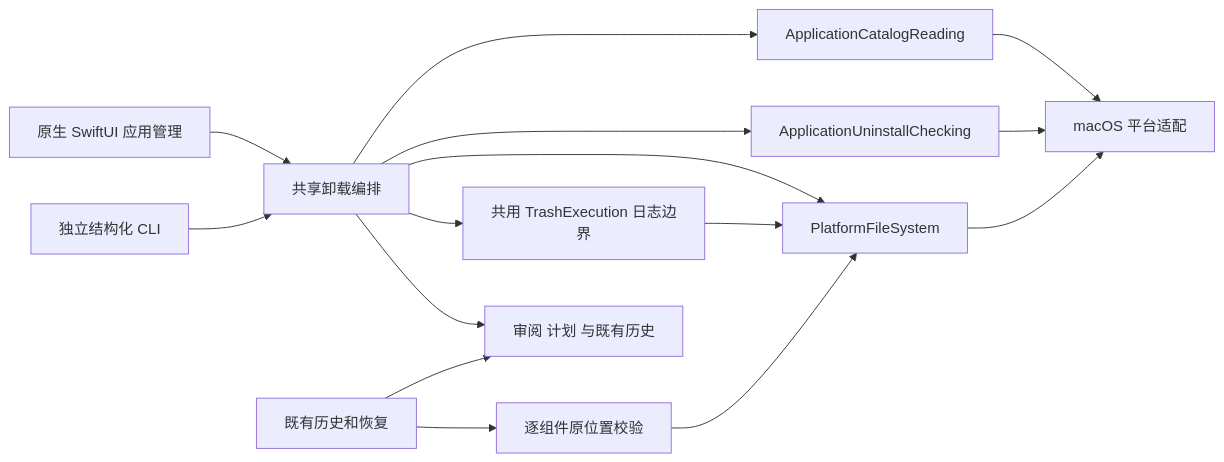
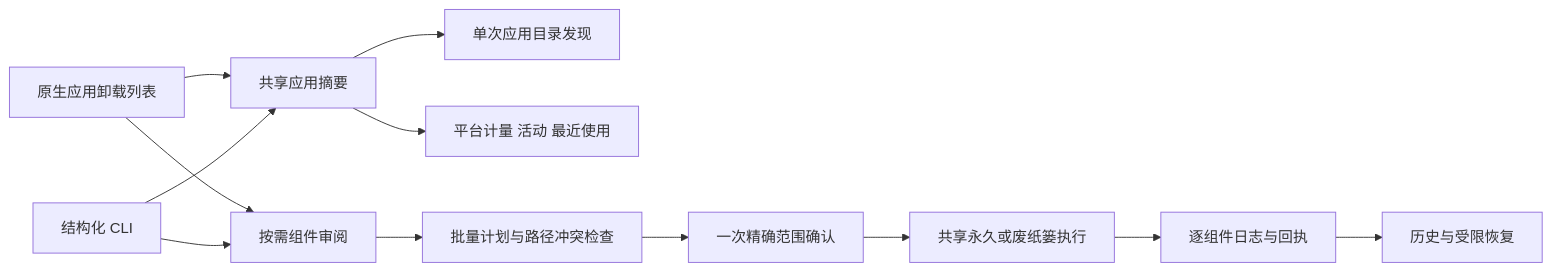
One commit to limecloud/shou changed the first of 3 diagrams in docs/zh-CN/product/application-uninstall.md. Above: the diagram before and after it, drawn with Mermaid. The commit also changed other lines of this file and 117 other files, not shown here.

````diff
--- a/docs/zh-CN/product/application-uninstall.md
+++ b/docs/zh-CN/product/application-uninstall.md
@@ -45,17 +45,14 @@
 ```mermaid
 flowchart LR
-    Desktop[原生 SwiftUI 应用管理] --> Engine[共享卸载编排]
-    CLI[独立结构化 CLI] --> Engine
-    Engine --> Catalog[ApplicationCatalogReading]
-    Engine --> Evidence[ApplicationUninstallChecking]
-    Engine --> FS[PlatformFileSystem]
-    Engine --> Journal[共用 TrashExecution 日志边界]
-    Journal --> FS
-    Catalog --> Native[macOS 平台适配]
-    Evidence --> Native
-    FS --> Native
-    Engine --> Store[审阅 计划 与既有历史]
-    History[既有历史和恢复] --> Store
-    History --> Origins[逐组件原位置校验]
-    Origins --> FS
+  Desktop[原生应用卸载列表] --> Summary[共享应用摘要]
+  CLI[结构化 CLI] --> Summary
+  Summary --> Catalog[单次应用目录发现]
+  Summary --> Platform[平台计量 活动 最近使用]
+  Desktop --> Review[按需组件审阅]
+  CLI --> Review
+  Review --> Batch[批量计划与路径冲突检查]
+  Batch --> Confirm[一次精确范围确认]
+  Confirm --> Execute[共享永久或废纸篓执行]
+  Execute --> Journal[逐组件日志与回执]
+  Journal --> History[历史与受限恢复]
 ```
````
